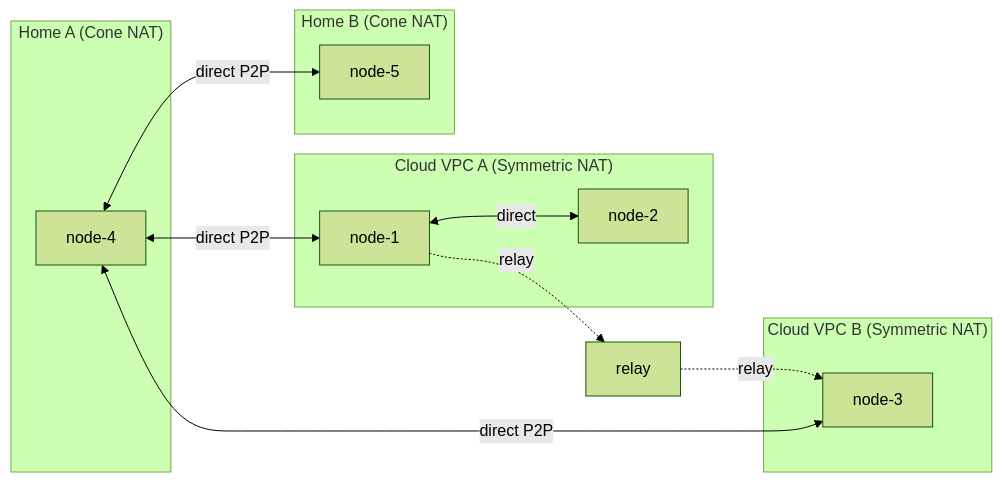
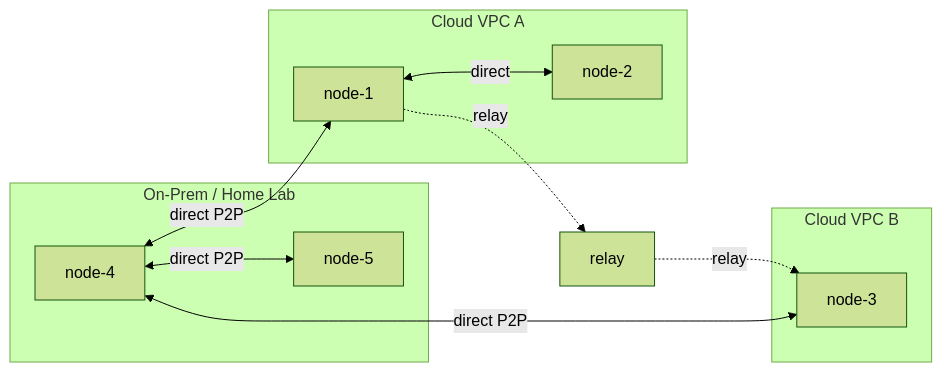
The diagram in docs/index.md (inerplat/wirekube), drawn with Mermaid (forest theme) before and after one commit. The commit also changed other lines of this file and 10 other files, not shown here.

````diff
--- a/docs/index.md
+++ b/docs/index.md
@@ -23,22 +22,20 @@
 ```mermaid
 flowchart LR
-    subgraph VPC-A["Cloud VPC A (Symmetric NAT)"]
+    subgraph VPC-A["Cloud VPC A"]
         N1[node-1]
         N2[node-2]
     end
-    subgraph VPC-B["Cloud VPC B (Symmetric NAT)"]
+    subgraph VPC-B["Cloud VPC B"]
         N3[node-3]
     end
-    subgraph Home-A["Home A (Cone NAT)"]
+    subgraph Home["On-Prem / Home Lab"]
         N4[node-4]
-    end
-    subgraph Home-B["Home B (Cone NAT)"]
         N5[node-5]
     end
     R[relay]
     N1 <-->|direct| N2
     N1 -.->|relay| R -.->|relay| N3
     N4 <-->|direct P2P| N1
     N4 <-->|direct P2P| N3
     N4 <-->|direct P2P| N5
 ```
````
